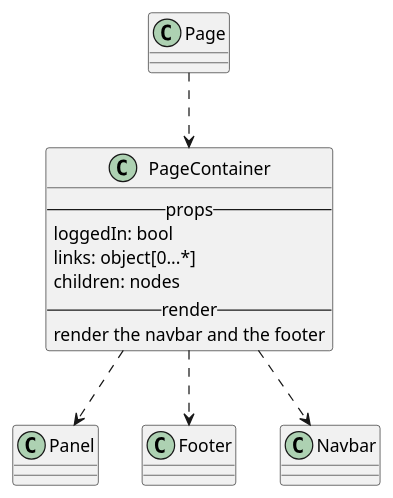
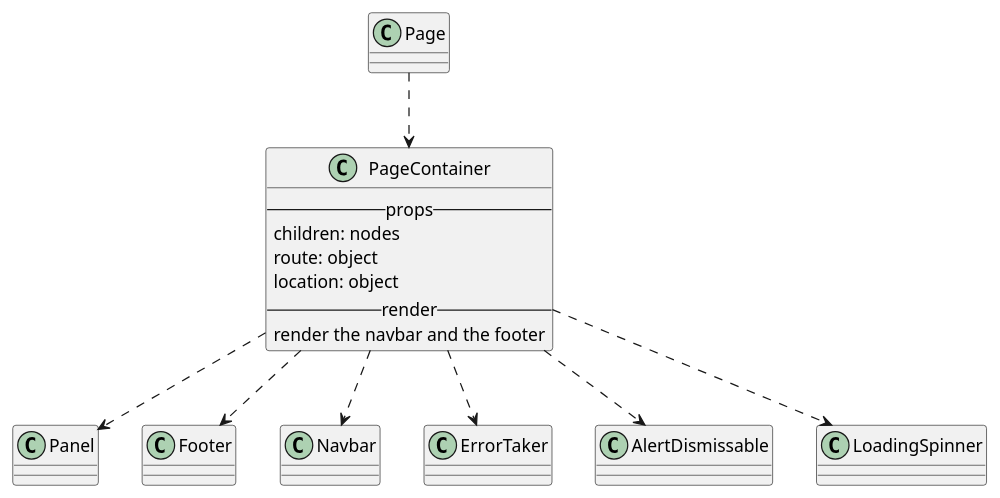
The diagram in react/pageTemplates/pageContainer.iuml (M9k/Marvin-Uml), drawn with PlantUML before and after one commit. The commit also changed 20 other files, not shown here.

```diff
--- a/react/pageTemplates/pageContainer.iuml
+++ b/react/pageTemplates/pageContainer.iuml
@@ -1,13 +1,16 @@
 class PageContainer {
     --props--
-        loggedIn: bool
-        links: object[0...*]
         children: nodes
+        route: object
+        location: object
     --render--
         render the navbar and the footer
 }
 
 PageContainer ..> Panel
 PageContainer ..> Footer
 PageContainer ..> Navbar
+PageContainer ..> ErrorTaker
+PageContainer ..> AlertDismissable
+PageContainer ..> LoadingSpinner
 Page ..> PageContainer
```
